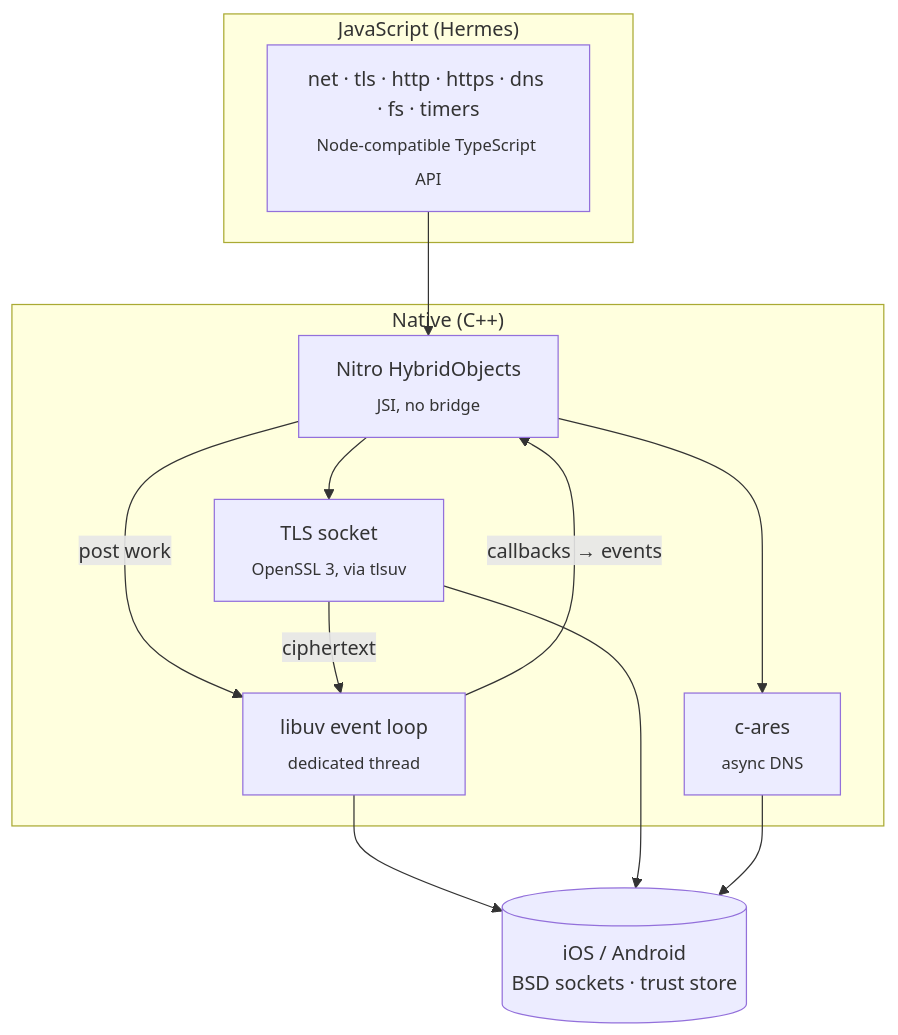
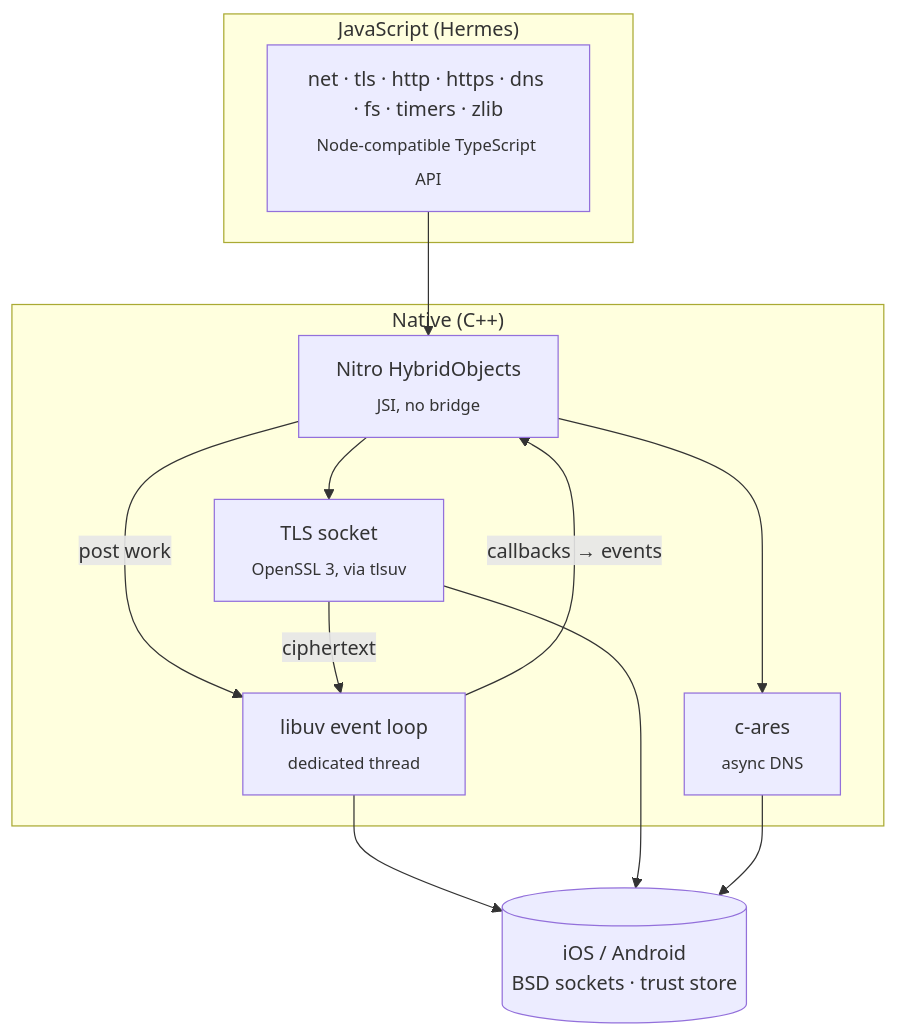
Before and after one commit to gmanole01/react-native-nitro-node: the diagram in README.md, drawn with Mermaid. The commit also changed other lines of this file and 29 other files, not shown here.

````diff
--- a/README.md
+++ b/README.md
@@ -595,25 +617,25 @@
 ```mermaid
 flowchart TB
     subgraph JS["JavaScript (Hermes)"]
-        API["net · tls · http · https · dns · fs · timers<br/><sub>Node-compatible TypeScript API</sub>"]
+        API["net · tls · http · https · dns · fs · timers · zlib<br/><sub>Node-compatible TypeScript API</sub>"]
     end
 
     subgraph Native["Native (C++)"]
         Nitro["Nitro HybridObjects<br/><sub>JSI, no bridge</sub>"]
         Loop["libuv event loop<br/><sub>dedicated thread</sub>"]
         TLS["TLS socket<br/><sub>OpenSSL 3, via tlsuv</sub>"]
         Ares["c-ares<br/><sub>async DNS</sub>"]
     end
 
     OS[("iOS / Android<br/>BSD sockets · trust store")]
 
     API --> Nitro
     Nitro -- "post work" --> Loop
     Loop -- "callbacks → events" --> Nitro
     Nitro --> TLS
     TLS -- "ciphertext" --> Loop
     Nitro --> Ares
     Loop --> OS
     TLS --> OS
     Ares --> OS
 ```
````
